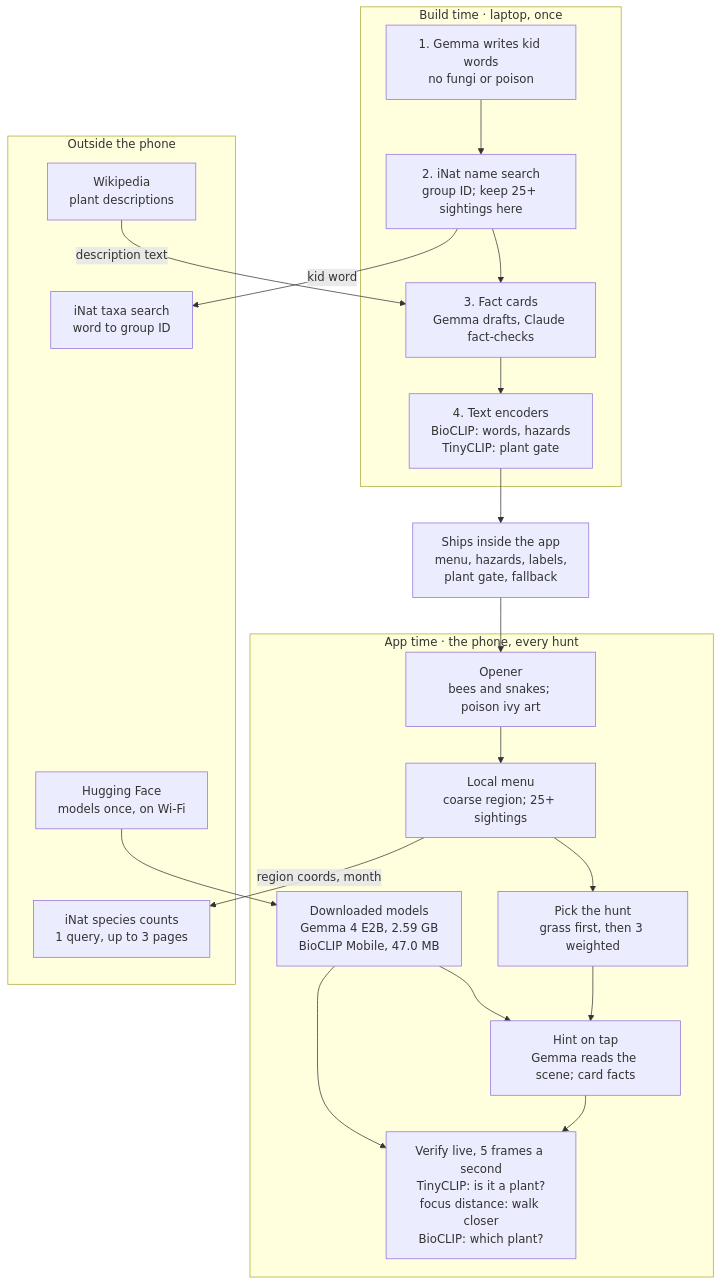
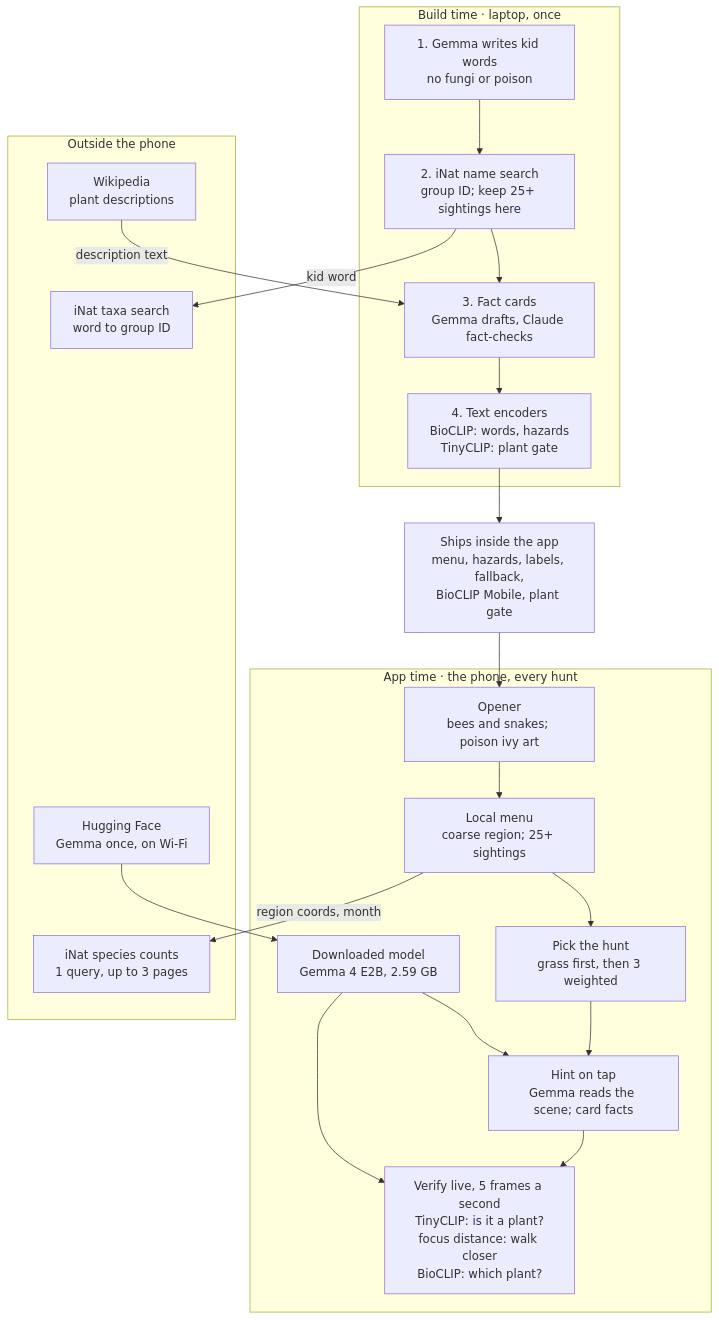
Before and after one commit to anchildress1/wild-find: the diagram in docs/PRD.md, drawn with Mermaid. The commit also changed other lines of this file and 1 other file, not shown here.

First line of the commit message:
docs: bundle BioCLIP and the plant gate in the APK; download only Gemma

````diff
--- a/docs/PRD.md
+++ b/docs/PRD.md
@@ -173,43 +173,43 @@
 ```mermaid
 %%{init: {'theme': 'default'}}%%
 flowchart TD
     accTitle: wild-find architecture
     accDescr: Build time runs once on a laptop and ships the menu, hazards, label vectors, the plant gate, and a fallback list inside the app. At app time the phone runs the opener, local menu, hunt pick, hints, and live verification with a plant gate and BioCLIP. Photos and precise location never leave the phone.
 
     subgraph build["Build time · laptop, once"]
         B1["1. Gemma writes kid words<br/>no fungi or poison"]
         B2["2. iNat name search<br/>group ID; keep 25+ sightings here"]
         B3["3. Fact cards<br/>Gemma drafts, Claude fact-checks"]
         B4["4. Text encoders<br/>BioCLIP: words, hazards<br/>TinyCLIP: plant gate"]
         B1 --> B2 --> B3 --> B4
     end
 
-    SHIP["Ships inside the app<br/>menu, hazards, labels,<br/>plant gate, fallback"]
+    SHIP["Ships inside the app<br/>menu, hazards, labels, fallback,<br/>BioCLIP Mobile, plant gate"]
     B4 --> SHIP
 
     subgraph app["App time · the phone, every hunt"]
         A1["Opener<br/>bees and snakes; poison ivy art"]
         A2["Local menu<br/>coarse region; 25+ sightings"]
         A3["Pick the hunt<br/>grass first, then 3 weighted"]
         A4["Hint on tap<br/>Gemma reads the scene; card facts"]
         A5["Verify live, 5 frames a second<br/>TinyCLIP: is it a plant?<br/>focus distance: walk closer<br/>BioCLIP: which plant?"]
-        M["Downloaded models<br/>Gemma 4 E2B, 2.59 GB<br/>BioCLIP Mobile, 47.0 MB"]
+        M["Downloaded model<br/>Gemma 4 E2B, 2.59 GB"]
         A1 --> A2 --> A3 --> A4 --> A5
         M --> A4
         M --> A5
     end
 
     SHIP --> A1
 
     subgraph outside["Outside the phone"]
         E1["iNat taxa search<br/>word to group ID"]
         E2["Wikipedia<br/>plant descriptions"]
         E3["iNat species counts<br/>1 query, up to 3 pages"]
-        E4["Hugging Face<br/>models once, on Wi-Fi"]
+        E4["Hugging Face<br/>Gemma once, on Wi-Fi"]
     end
 
     B2 -- "kid word" --> E1
     E2 -- "description text" --> B3
     A2 -- "region coords, month" --> E3
     E4 --> M
 ```
````
